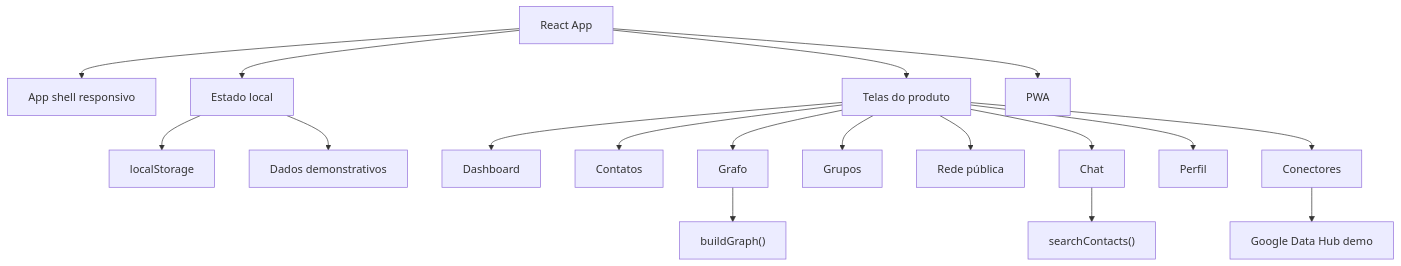
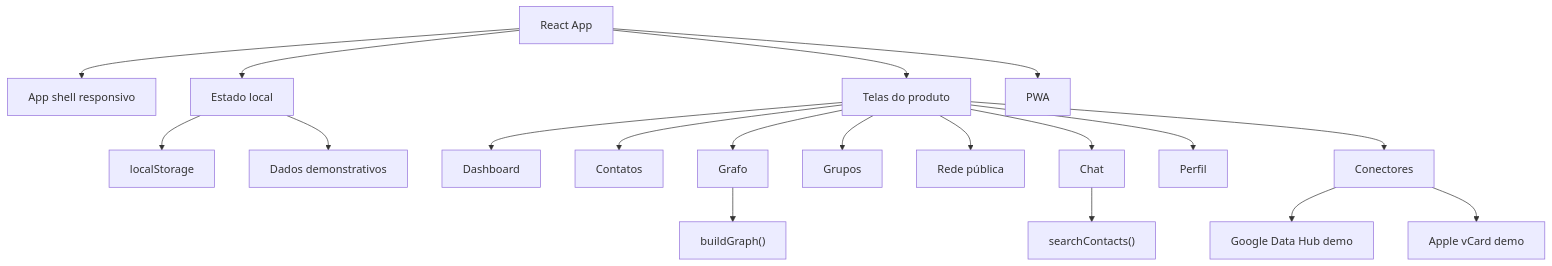
One commit to Leninn-Marinho-Rodrigues/grafy-cogmo-prototype changed the first of 3 diagrams in docs/guides/architecture.md. Above: the diagram before and after it, drawn with Mermaid. The commit also changed other lines of this file and 11 other files, not shown here.

Commit message:
Add dual landing pages and Apple import flow

````diff
--- a/docs/guides/architecture.md
+++ b/docs/guides/architecture.md
@@ -9,23 +9,24 @@
 ```mermaid
 flowchart TB
   App["React App"] --> Shell["App shell responsivo"]
   App --> Screens["Telas do produto"]
   App --> State["Estado local"]
   App --> PWA["PWA"]
 
   State --> LocalStorage["localStorage"]
   State --> Seed["Dados demonstrativos"]
 
   Screens --> Dashboard["Dashboard"]
   Screens --> Contacts["Contatos"]
   Screens --> Graph["Grafo"]
   Screens --> Groups["Grupos"]
   Screens --> Public["Rede pública"]
   Screens --> Chat["Chat"]
   Screens --> Profile["Perfil"]
   Screens --> Integrations["Conectores"]
 
   Graph --> GraphBuilder["buildGraph()"]
   Chat --> Search["searchContacts()"]
   Integrations --> GoogleHub["Google Data Hub demo"]
+  Integrations --> AppleHub["Apple vCard demo"]
 ```
````
